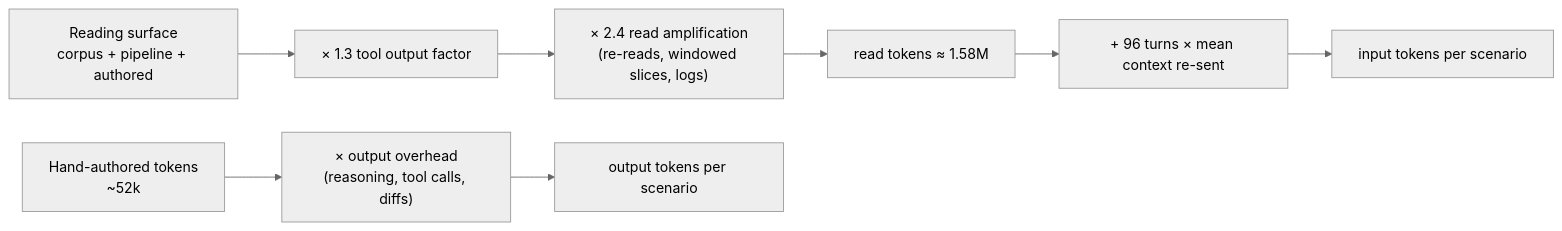
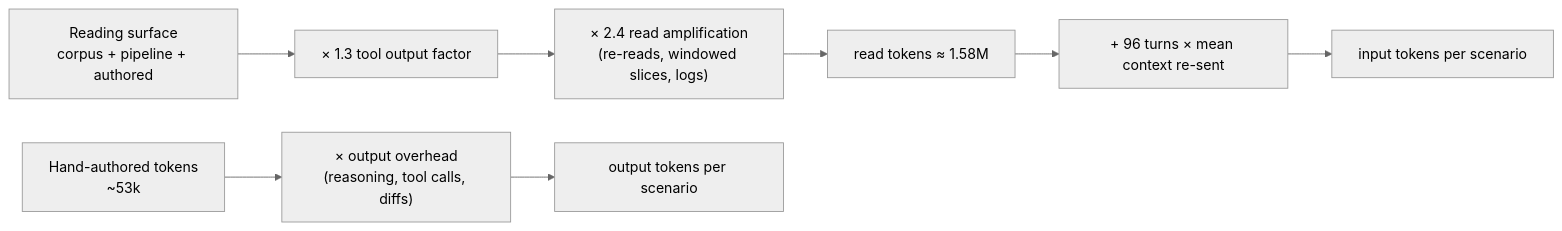
Before and after one commit to wezbest/IzRez-1: the first of 2 diagrams in W/w1/isr2/src/content/docs/14-site-build-report.md, drawn with Mermaid (neutral theme). The commit also changed other lines of this file and 10 other files, not shown here.

````diff
--- a/W/w1/isr2/src/content/docs/14-site-build-report.md
+++ b/W/w1/isr2/src/content/docs/14-site-build-report.md
@@ -106,10 +106,10 @@
 ```mermaid
 flowchart LR
     A["Reading surface<br/>corpus + pipeline + authored"] --> B["× 1.3 tool output factor"]
     B --> C["× 2.4 read amplification<br/>(re-reads, windowed slices, logs)"]
     C --> D["read tokens ≈ 1.58M"]
     D --> E["+ 96 turns × mean context re-sent"]
     E --> F["input tokens per scenario"]
-    G["Hand-authored tokens<br/>~52k"] --> H["× output overhead<br/>(reasoning, tool calls, diffs)"]
+    G["Hand-authored tokens<br/>~53k"] --> H["× output overhead<br/>(reasoning, tool calls, diffs)"]
     H --> I["output tokens per scenario"]
 ```
````
